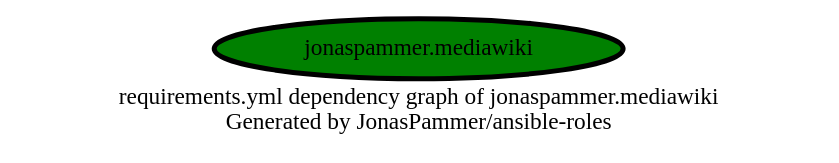
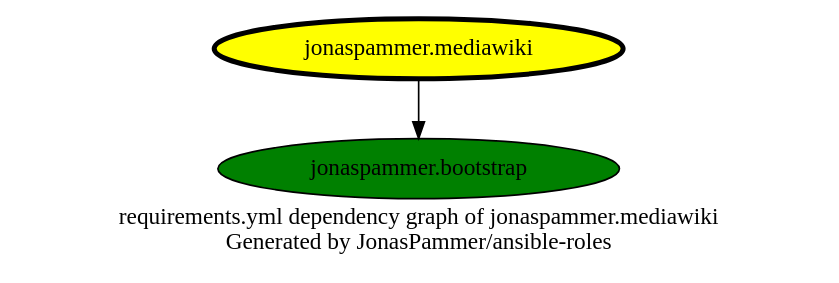
One commit to JonasPammer/ansible-roles changed the diagram in graphs/dependencies_mediawiki.dot. Above: the diagram before and after it, drawn with Graphviz. The commit also changed 6 other files, not shown here.

```diff
--- a/graphs/dependencies_mediawiki.dot
+++ b/graphs/dependencies_mediawiki.dot
@@ -1,10 +1,12 @@
 digraph hierarchy {
   label = "requirements.yml dependency graph of jonaspammer.mediawiki \n Generated by JonasPammer/ansible-roles" ;
   overlap=false
 
   {
-    "jonaspammer.mediawiki" [fillcolor=green style=filled penwidth=3]
+    "jonaspammer.mediawiki" [fillcolor=yellow style=filled penwidth=3]
+    "jonaspammer.bootstrap" [fillcolor=green style=filled ]
   }
 
 
+  "jonaspammer.mediawiki" -> {"jonaspammer.bootstrap"}
 }
```
